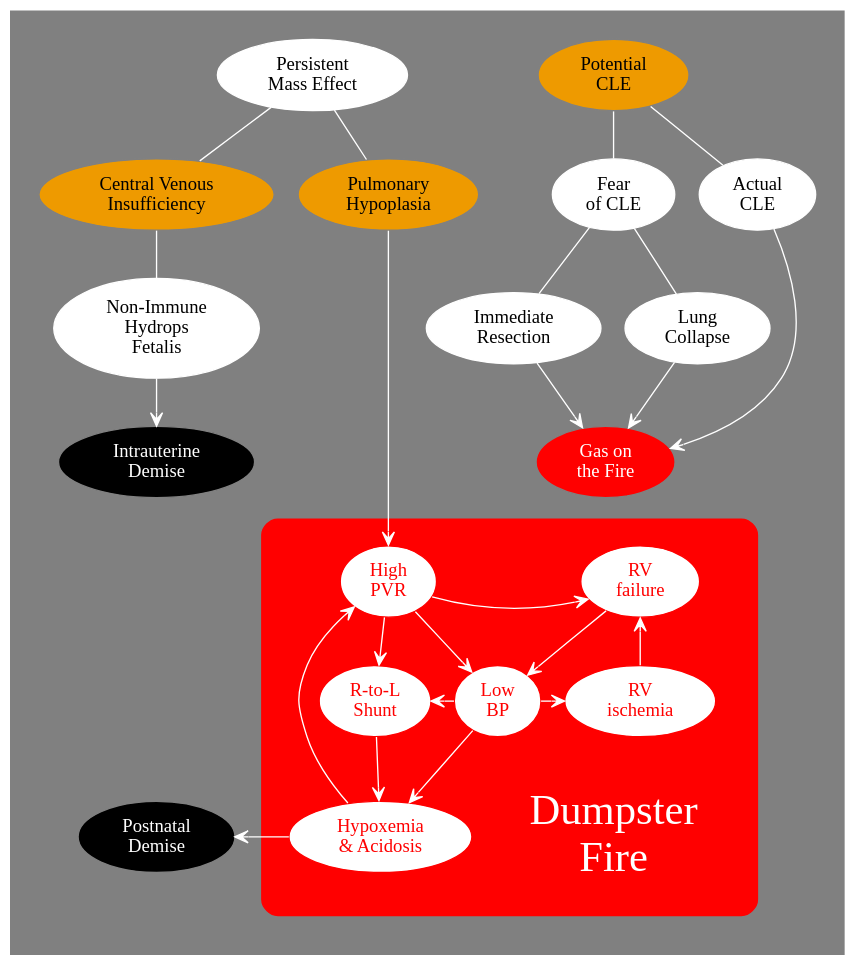
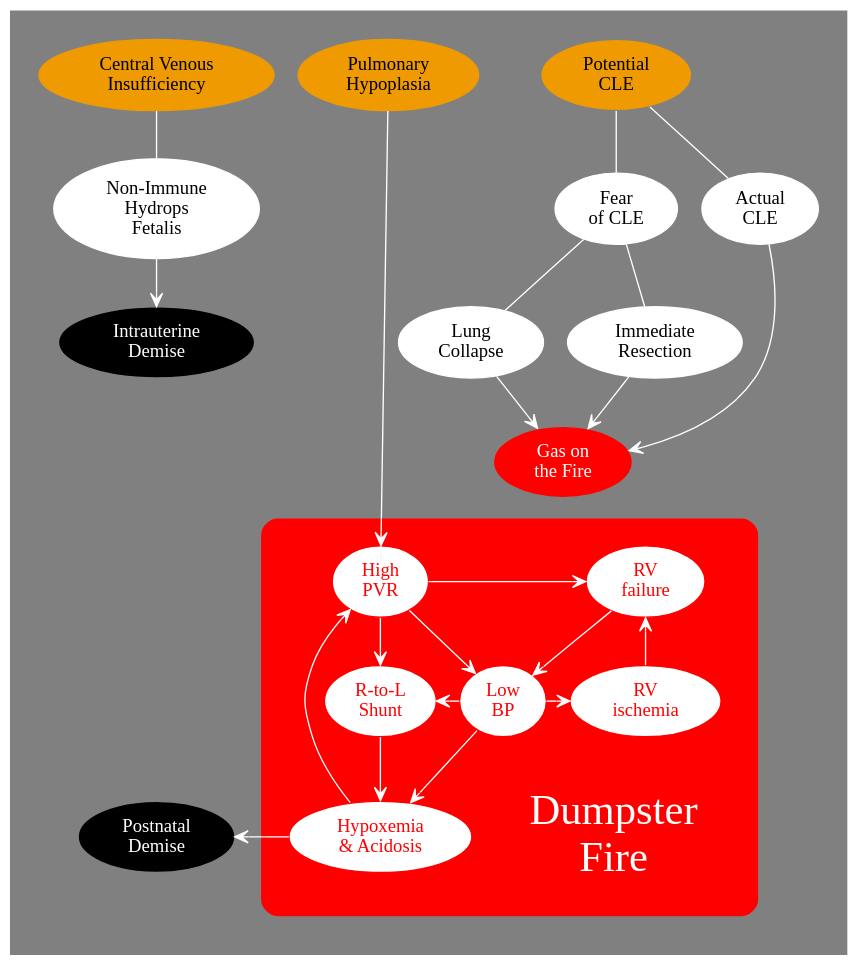
One commit to mdtsandman/CLO changed the diagram in dumpster-fire.dot. Above: the diagram before and after it, drawn with Graphviz. The commit also changed 2 other files, not shown here.

```diff
--- a/dumpster-fire.dot
+++ b/dumpster-fire.dot
@@ -1,88 +1,85 @@
 digraph Risks {
 
-pad=0.3;
 rankdir=TB;
 newrank=true;
 compound=true;
 bgcolor=grey;
+pad = 0.3;
 
 node [color=white style=filled fillcolor=white];
 edge [arrowhead=none color=white];
 
-PME [label="Persistent\nMass Effect"];
-PHP [label="Pulmonary\nHypoplasia" fillcolor=orange2 color=grey];
-CVP [label="Central Venous\nInsufficiency" fillcolor=orange2 color=grey];
 MaybeCLE [label="Potential\nCLE" fillcolor=orange2 color=grey];
 NIHF [label="Non-Immune\nHydrops\nFetalis"];
 OR [label="Immediate\nResection"];
 Fear [label="Fear\nof CLE"];
 FRC [label="Lung\nCollapse"];
 CLE [label="Actual\nCLE"];
 IUD [label="Intrauterine\nDemise" style=filled fillcolor=black color=grey fontcolor=white];
 Death [label="Postnatal\nDemise" style=filled fillcolor=black color=grey fontcolor=white];
 Catalyst [label="Gas on\nthe Fire" fontcolor=white style=filled fillcolor=red color=grey];
 Dummy1 [style=invis];
 Dummy2 [style=invis];
 
+CVP [label="Central Venous\nInsufficiency" fillcolor=orange2 color=orange2];
+PHP [label="Pulmonary\nHypoplasia" fillcolor=orange2 color=orange2];
+
 subgraph ClusterFuck {
 
 	style=rounded;
 	margin=20;
 	color=red;
 	bgcolor=red;
 
-	node [fillcolor=white color=red fontcolor=red];
+	node [fillcoloir=white color=red fontcolor=red];
 	edge [arrowhead=vee color=white];
 
 	Label [label="Dumpster\nFire" shape=box fontsize=32 fontcolor=white fillcolor=red color=red];
 
 	RVI [label="RV\nischemia"];
 	RVF [label="RV\nfailure"];
 	PHTN [label="High\nPVR"];
 	Shunt [label="R-to-L\nShunt"];
 	LowBP [label="Low\nBP"];
 	Badness [label="Hypoxemia\n& Acidosis"];
 
 	PHTN -> LowBP -> Badness -> PHTN;
-	PHTN -> Shunt -> Badness;
+	PHTN -> Shunt [weight=100];
+	Shunt -> Badness;
 	PHTN -> RVF;
 	LowBP -> RVI;
 	RVI -> RVF [weight=150];
 	RVF -> LowBP [weight=100];
 	LowBP -> Shunt;
-
-	PHTN -> RVF [style=invis];
 
 	{rank=same PHTN RVF};
 	{rank=same LowBP Shunt};
 	{rank=same RVI Shunt};
 	{rank=same Badness Label};
 
 }
 
-{rank=same PME MaybeCLE};
-{rank=same CVP PHP Fear CLE};
-{rank=same NIHF FRC OR};
-{rank=same IUD Catalyst};
+{rank=same CVP PHP MaybeCLE};
+{rank=same NIHF Fear CLE};
+{rank=same IUD OR FRC};
 {rank=same Dummy1 PHTN};
 {rank=same Dummy2 Shunt};
 {rank=same Death Badness};
 
 
-PME -> {CVP PHP};
 CVP -> NIHF [weight=100];
 NIHF -> IUD [arrowhead=vee weight=100];
 MaybeCLE -> {Fear CLE};
 Fear -> {FRC OR};
-PHP -> PHTN [arrowhead=vee weight=200]
+PHP -> PHTN [arrowhead=vee];
 {FRC OR} -> Catalyst [arrowhead=vee weight=100];
 CLE -> Catalyst [arrowhead=vee];
 Catalyst -> PHTN [style=invis arrowhead=vee];
 Badness -> Death [arrowhead=vee];
 
-PHP -> MaybeCLE [style=invis];
+CVP -> PHP -> MaybeCLE [style=invis];
 Fear -> CLE [style=invis];
-CVP -> PHP [style=invis weight=300];
+FRC -> OR [style=invis];
 IUD -> Dummy1 -> Dummy2 -> Death [style=invis weight=200];
 
 }
```
